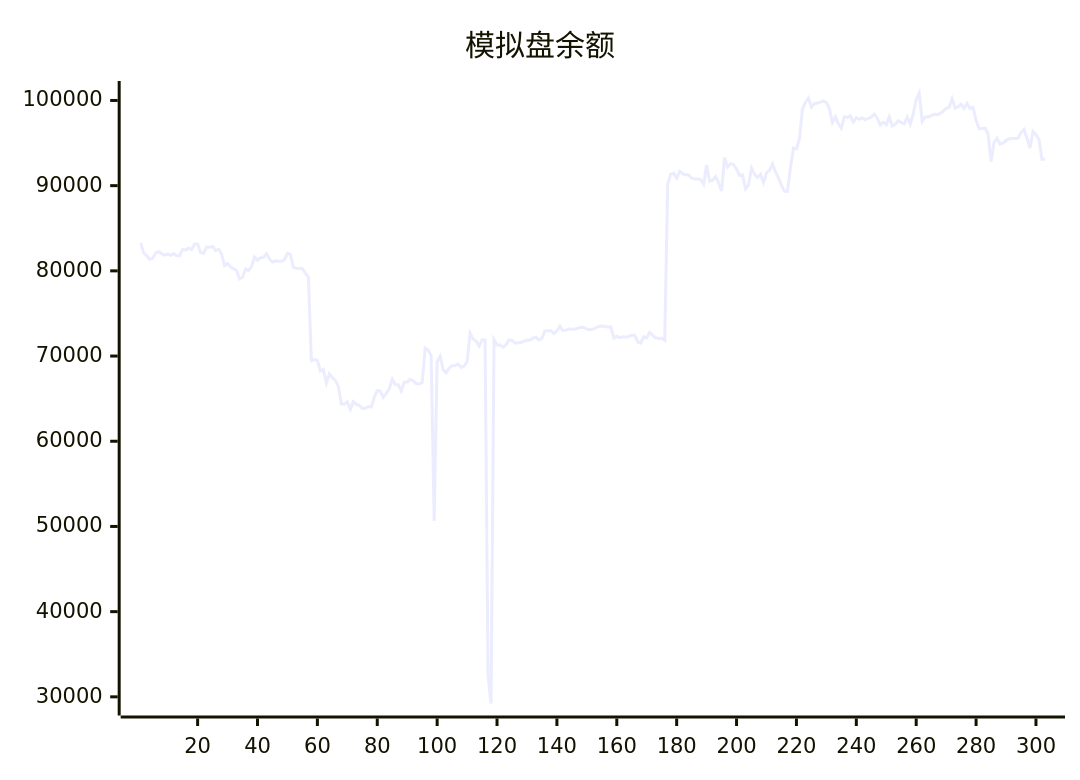
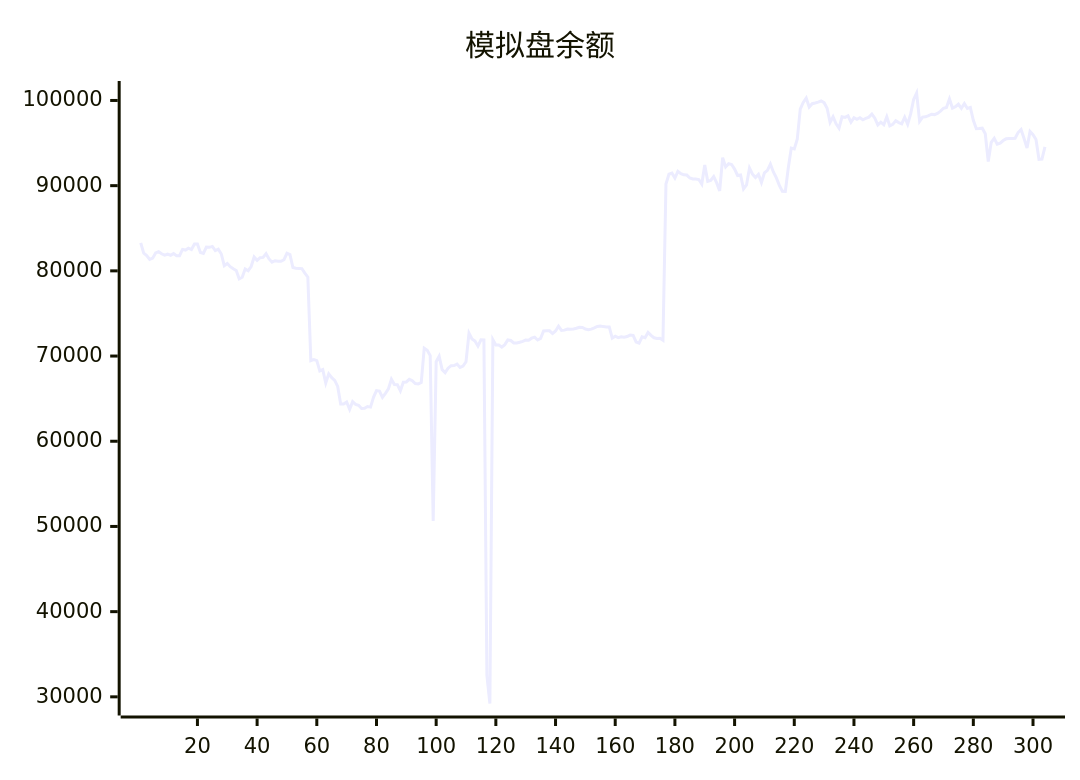
One commit to aahl/ai-trading changed the diagram in README.md. Above: the diagram before and after it, drawn with Mermaid. The commit also changed other lines of this file and 1 other file, not shown here.

````diff
--- a/README.md
+++ b/README.md
@@ -5,5 +5,5 @@
 ```mermaid
 xychart
     title "模拟盘余额"
-    line [83275,82072,81806,81344,81492,82109,82254,82006,81848,81955,81829,82022,81769,81776,82522,82441,82656,82498,83144,83144,82150,82038,82797,82763,82872,82367,82536,81981,80612,80862,80484,80242,80034,79063,79245,80226,80016,80507,81625,81233,81544,81578,82016,81401,81019,81186,81130,81118,81306,82066,81909,80392,80304,80291,80258,79729,79261,69466,69579,69456,68251,68415,66832,67911,67462,67144,66432,64380,64375,64606,63740,64647,64324,64216,63842,63877,64078,64008,65156,65945,65888,65157,65625,66144,67284,66653,66639,65924,66925,66956,67263,67108,66766,66729,66886,70927,70673,70049,50652,69334,69973,68400,68061,68578,68876,68879,69055,68662,68822,69329,72687,71999,71760,71162,71911,71896,32500,29218,71927,71297,71305,71044,71337,71883,71822,71536,71536,71622,71723,71880,71860,72100,72216,71887,72077,72940,72976,72966,72638,72948,73497,73004,73041,73173,73160,73186,73258,73375,73351,73173,73098,73161,73305,73474,73536,73457,73413,73412,72100,72333,72164,72272,72204,72285,72461,72421,71652,71521,72267,72157,72774,72424,72144,72060,72091,71858,90185,91338,91466,90900,91678,91404,91268,91244,90903,90779,90787,90721,90187,92429,90518,90619,91070,90328,89376,93286,92202,92581,92485,91947,91196,91259,89619,90086,92063,91355,90950,91327,90373,91498,91800,92531,91603,90910,90031,89351,89334,92097,94406,94315,95455,98972,99763,100286,99229,99622,99701,99805,99938,99738,99082,97430,98094,97267,96741,98081,98013,98194,97447,97983,97789,97969,97729,97911,98043,98405,97912,97120,97448,97154,98095,97021,97190,97616,97402,97263,98035,97210,98424,100120,100876,97552,98049,98085,98228,98388,98342,98488,98750,99086,99181,100188,99107,99272,99553,99072,99636,99061,99186,97674,96679,96704,96743,96096,92830,95088,95560,94866,94995,95295,95497,95531,95527,95559,96236,96597,95538,94422,96363,95972,95418,93094,93128]
+    line [83275,82072,81806,81344,81492,82109,82254,82006,81848,81955,81829,82022,81769,81776,82522,82441,82656,82498,83144,83144,82150,82038,82797,82763,82872,82367,82536,81981,80612,80862,80484,80242,80034,79063,79245,80226,80016,80507,81625,81233,81544,81578,82016,81401,81019,81186,81130,81118,81306,82066,81909,80392,80304,80291,80258,79729,79261,69466,69579,69456,68251,68415,66832,67911,67462,67144,66432,64380,64375,64606,63740,64647,64324,64216,63842,63877,64078,64008,65156,65945,65888,65157,65625,66144,67284,66653,66639,65924,66925,66956,67263,67108,66766,66729,66886,70927,70673,70049,50652,69334,69973,68400,68061,68578,68876,68879,69055,68662,68822,69329,72687,71999,71760,71162,71911,71896,32500,29218,71927,71297,71305,71044,71337,71883,71822,71536,71536,71622,71723,71880,71860,72100,72216,71887,72077,72940,72976,72966,72638,72948,73497,73004,73041,73173,73160,73186,73258,73375,73351,73173,73098,73161,73305,73474,73536,73457,73413,73412,72100,72333,72164,72272,72204,72285,72461,72421,71652,71521,72267,72157,72774,72424,72144,72060,72091,71858,90185,91338,91466,90900,91678,91404,91268,91244,90903,90779,90787,90721,90187,92429,90518,90619,91070,90328,89376,93286,92202,92581,92485,91947,91196,91259,89619,90086,92063,91355,90950,91327,90373,91498,91800,92531,91603,90910,90031,89351,89334,92097,94406,94315,95455,98972,99763,100286,99229,99622,99701,99805,99938,99738,99082,97430,98094,97267,96741,98081,98013,98194,97447,97983,97789,97969,97729,97911,98043,98405,97912,97120,97448,97154,98095,97021,97190,97616,97402,97263,98035,97210,98424,100120,100876,97552,98049,98085,98228,98388,98342,98488,98750,99086,99181,100188,99107,99272,99553,99072,99636,99061,99186,97674,96679,96704,96743,96096,92830,95088,95560,94866,94995,95295,95497,95531,95527,95559,96236,96597,95538,94422,96363,95972,95418,93094,93128,94558]
 ```
````
